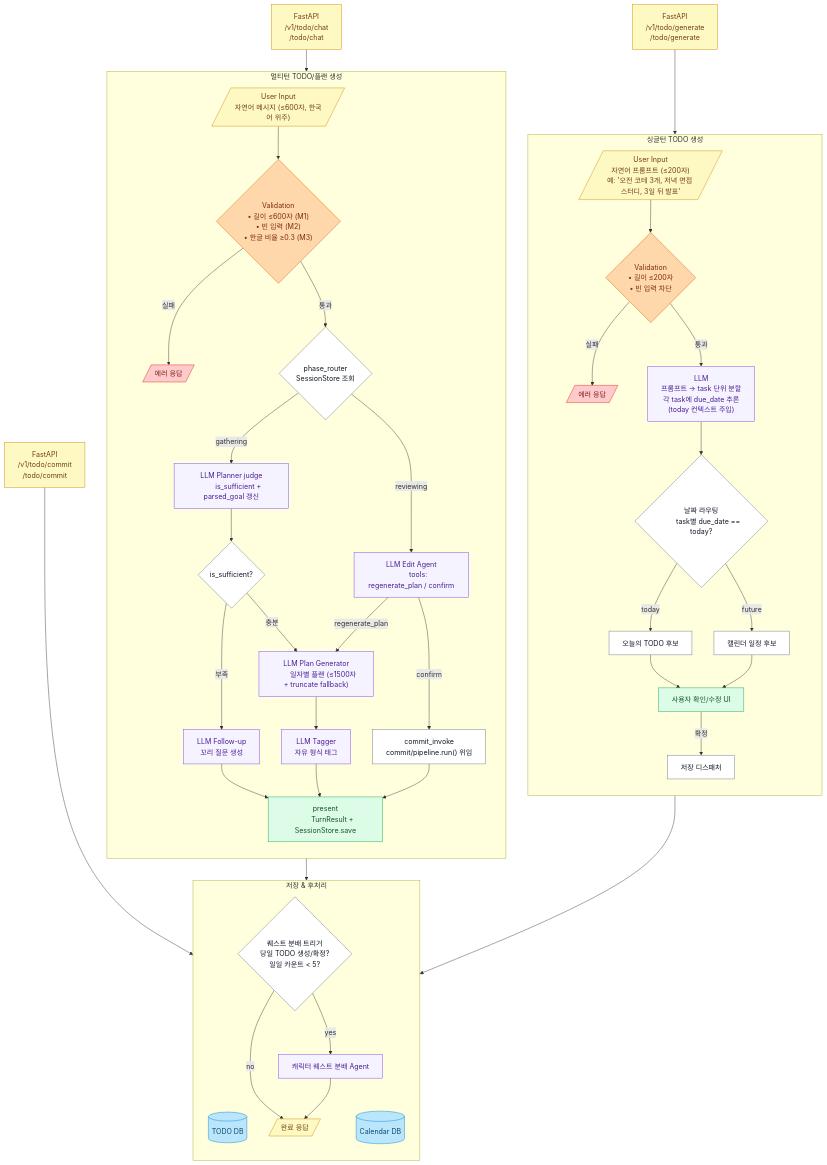
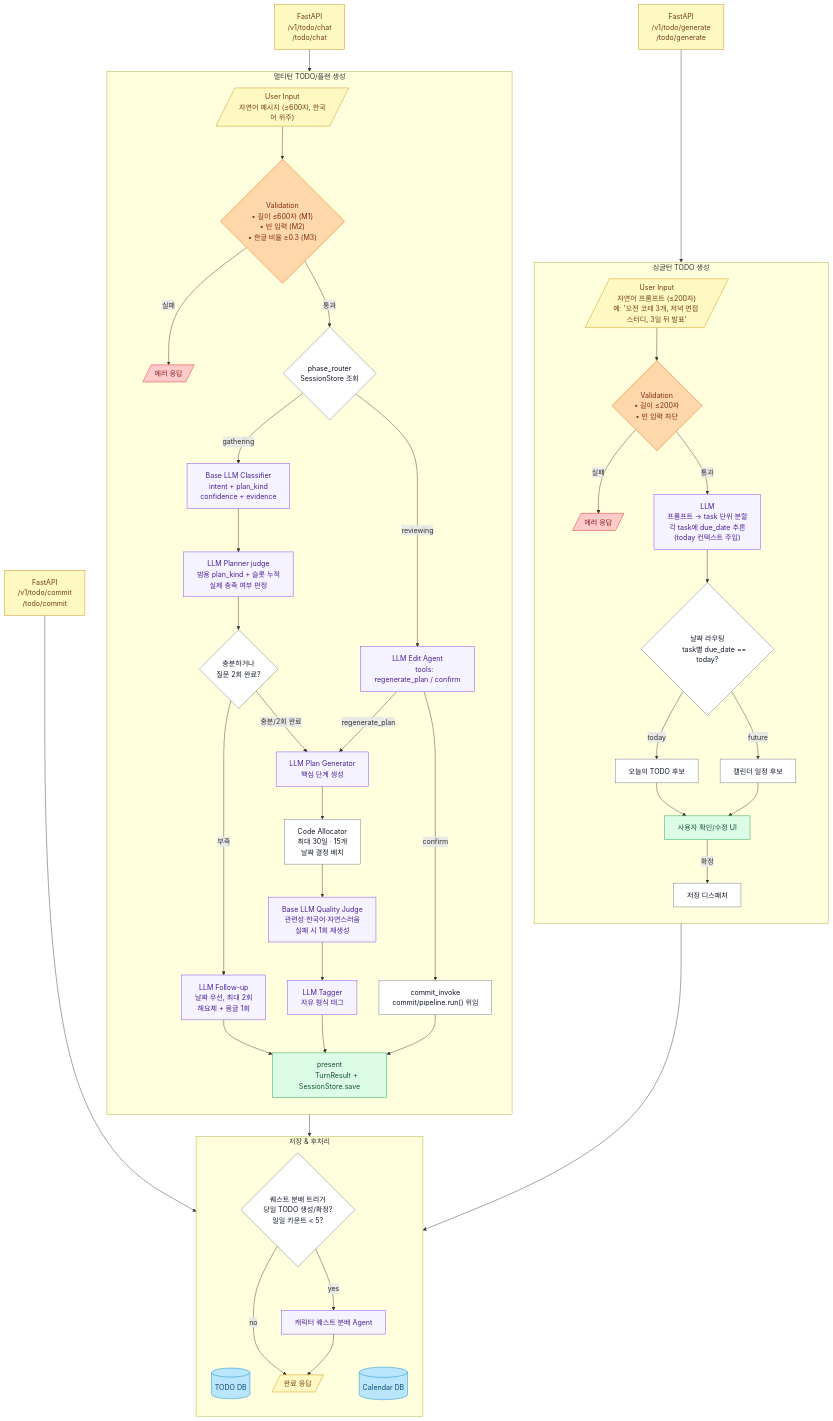
One commit to mong-studio/mongle-ai changed the diagram in docs/features/todo/architecture.mmd. Above: the diagram before and after it, drawn with Mermaid. The commit also changed 28 other files, not shown here.

```diff
--- a/docs/features/todo/architecture.mmd
+++ b/docs/features/todo/architecture.mmd
@@ -1,135 +1,150 @@
 ---
 config:
   layout: fixed
 ---
 flowchart TB
  API_SINGLE["FastAPI
  /v1/todo/generate
  /todo/generate"]
  API_MULTI["FastAPI
  /v1/todo/chat
  /todo/chat"]
  API_COMMIT["FastAPI
  /v1/todo/commit
  /todo/commit"]
  subgraph SINGLE["싱글턴 TODO 생성"]
     direction TB
         SA@{ label: "User Input\n        자연어 프롬프트 (≤200자)\n        예: '오전 코테 3개, 저녁 면접 스터디, 3일 뒤 발표'" }
         SV{"Validation
         • 길이 ≤200자
         • 빈 입력 차단"}
         SVE[/"에러 응답"/]
         SL["LLM
         프롬프트 → task 단위 분할
         각 task에 due_date 추론
         (today 컨텍스트 주입)"]
         SR{"날짜 라우팅
         task별 due_date == today?"}
         STD["오늘의 TODO 후보"]
         SCD["캘린더 일정 후보"]
         SE["사용자 확인/수정 UI"]
         SC["저장 디스패처"]
   end
  subgraph MULTI["멀티턴 TODO/플랜 생성"]
     direction TB
         MA@{ label: "User Input
         자연어 메시지 (≤600자, 한국어 위주)" }
         MV{"Validation
         • 길이 ≤600자 (M1)
         • 빈 입력 (M2)
         • 한글 비율 ≥0.3 (M3)"}
         MVE[/"에러 응답"/]
         MPR{"phase_router
         SessionStore 조회"}
+        MCL["Base LLM Classifier
+        intent + plan_kind
+        confidence + evidence"]
         MPS["LLM Planner judge
-        is_sufficient + parsed_goal 갱신"]
-        MQ{"is_sufficient?"}
+        범용 plan_kind + 슬롯 누적
+        실제 충족 여부 판정"]
+        MQ{"충분하거나
+        질문 2회 완료?"}
         MFU["LLM Follow-up
-        꼬리 질문 생성"]
+        날짜 우선, 최대 2회
+        해요체 + 몽글 1회"]
         MPG["LLM Plan Generator
-        일자별 플랜 (≤1500자 + truncate fallback)"]
+        핵심 단계 생성"]
+        MAL["Code Allocator
+        최대 30일 · 15개
+        날짜 결정 배치"]
+        MQA["Base LLM Quality Judge
+        관련성·한국어·자연스러움
+        실패 시 1회 재생성"]
         MTG["LLM Tagger
         자유 형식 태그"]
         EA["LLM Edit Agent
         tools: regenerate_plan / confirm"]
         ME["present
         TurnResult + SessionStore.save"]
         MC["commit_invoke
         commit/pipeline.run() 위임"]
   end
  subgraph COMMIT["저장 & 후처리"]
     direction TB
         DB1[("TODO DB")]
         DB2[("Calendar DB")]
         QA{"퀘스트 분배 트리거
         당일 TODO 생성/확정?
         일일 카운트 &lt; 5?"}
         QAGENT["캐릭터 퀘스트 분배 Agent"]
         END_OK[/"완료 응답"/]
   end
     API_SINGLE --> SA
     API_MULTI --> MA
     API_COMMIT --> COMMIT
     SA --> SV
     SV -- 실패 --> SVE
     SV -- 통과 --> SL
     SL --> SR
     SR -- today --> STD
     SR -- future --> SCD
     STD --> SE
     SCD --> SE
     SE -- 확정 --> SC
     MA --> MV
     MV -- 실패 --> MVE
     MV -- 통과 --> MPR
-    MPR -- gathering --> MPS
+    MPR -- gathering --> MCL --> MPS
     MPR -- reviewing --> EA
     MPS --> MQ
     MQ -- 부족 --> MFU --> ME
-    MQ -- 충분 --> MPG --> MTG --> ME
+    MQ -- 충분/2회 완료 --> MPG --> MAL --> MQA --> MTG --> ME
     EA -- regenerate_plan --> MPG
     EA -- confirm --> MC --> ME
     SC --> COMMIT
     MC --> COMMIT
     QA -- yes --> QAGENT
     QA -- no --> END_OK
     QAGENT --> END_OK
 
     SA@{ shape: lean-r}
     MA@{ shape: lean-r}
      SA:::input
      API_SINGLE:::input
      API_MULTI:::input
      API_COMMIT:::input
      SV:::validation
      SVE:::error
      SL:::ai
      SR:::process
      STD:::process
      SCD:::process
      SE:::ui
      SC:::process
      MA:::input
      MV:::validation
      MVE:::error
      MPR:::process
+     MCL:::ai
      MPS:::ai
      MQ:::process
      MFU:::ai
      MPG:::ai
+     MAL:::process
+     MQA:::ai
      MTG:::ai
      EA:::ai
      ME:::ui
      MC:::process
      DB1:::storage
      DB2:::storage
      QA:::process
      QAGENT:::ai
      END_OK:::input
     classDef input fill:#fef9c3,stroke:#ca8a04,color:#713f12
     classDef validation fill:#fed7aa,stroke:#ea580c,color:#7c2d12
     classDef error fill:#fecaca,stroke:#dc2626,color:#7f1d1d
     classDef process fill:#ffffff,stroke:#6b7280,color:#111827
     classDef ai fill:#f5f3ff,stroke:#7c3aed,color:#4c1d95
     classDef storage fill:#bae6fd,stroke:#0284c7,color:#0c4a6e
     classDef ui fill:#dcfce7,stroke:#16a34a,color:#14532d
```
